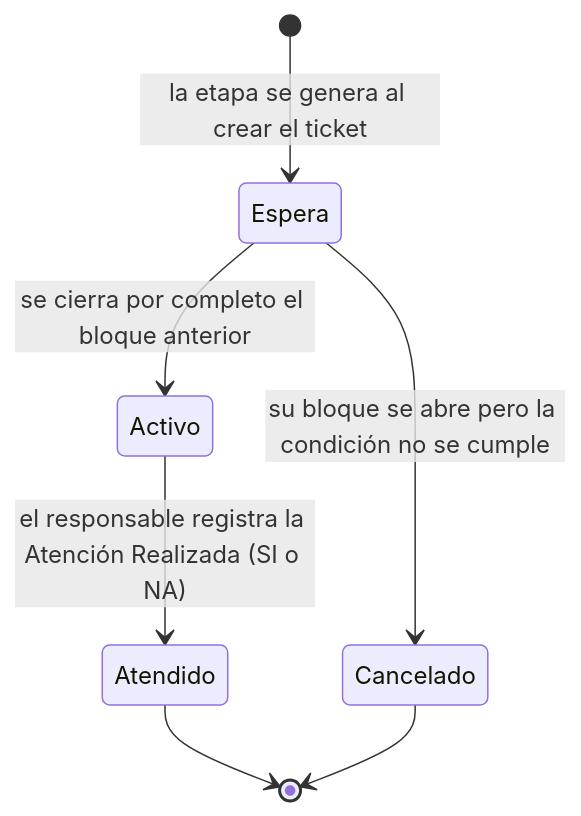
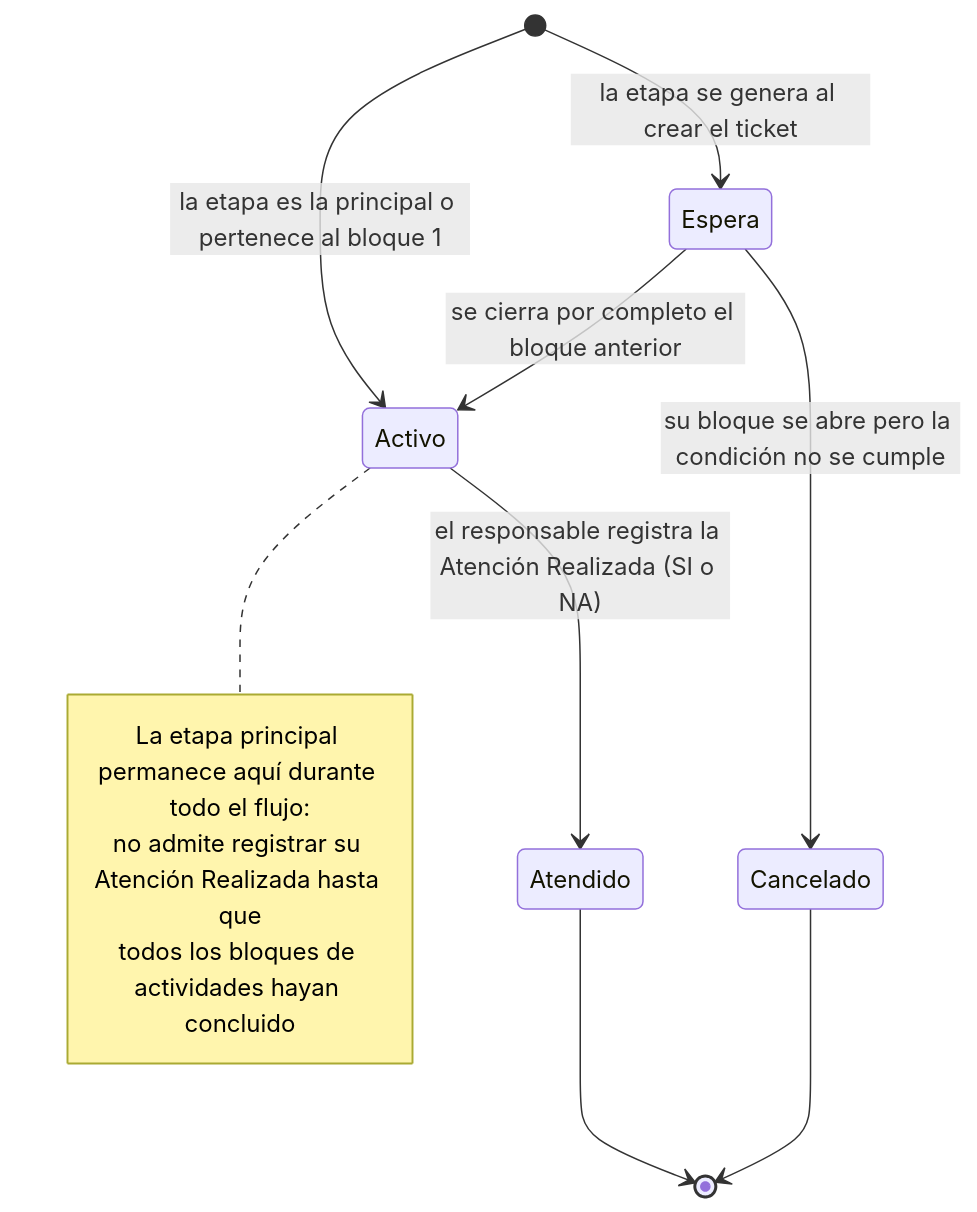
The first of 5 diagrams in docs/Proyectos/iNN/Baja usuario - Ticket escalonado/Ejecución del Flujo de Trabajo de Tickets por Bloques.md (solis1408/Business-Suite), drawn with Mermaid before and after one commit. The commit also changed other lines of this file, not shown here.

First line of the commit message:
docs(computo): agrega el modo de ejecucion del flujo y renumera los RF

````diff
--- a/docs/Proyectos/iNN/Baja usuario - Ticket escalonado/Ejecución del Flujo de Trabajo de Tickets por Bloques.md
+++ b/docs/Proyectos/iNN/Baja usuario - Ticket escalonado/Ejecución del Flujo de Trabajo de Tickets por Bloques.md
@@ -102,9 +146,15 @@
 ```mermaid
 stateDiagram-v2
     [*] --> Espera: la etapa se genera al crear el ticket
+    [*] --> Activo: la etapa es la principal o pertenece al bloque 1
     Espera --> Activo: se cierra por completo el bloque anterior
     Espera --> Cancelado: su bloque se abre pero la condición no se cumple
     Activo --> Atendido: el responsable registra la Atención Realizada (SI o NA)
     Atendido --> [*]
     Cancelado --> [*]
+    note right of Activo
+        La etapa principal permanece aquí durante todo el flujo:
+        no admite registrar su Atención Realizada hasta que
+        todos los bloques de actividades hayan concluido
+    end note
 ```
````
